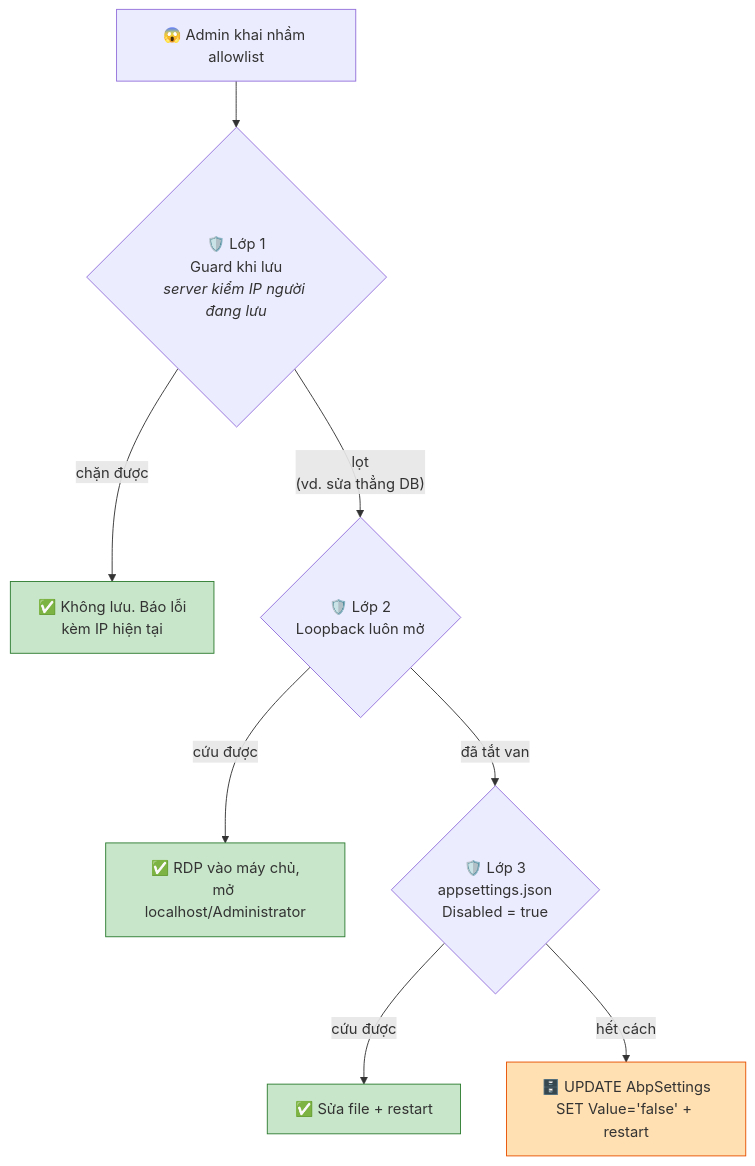
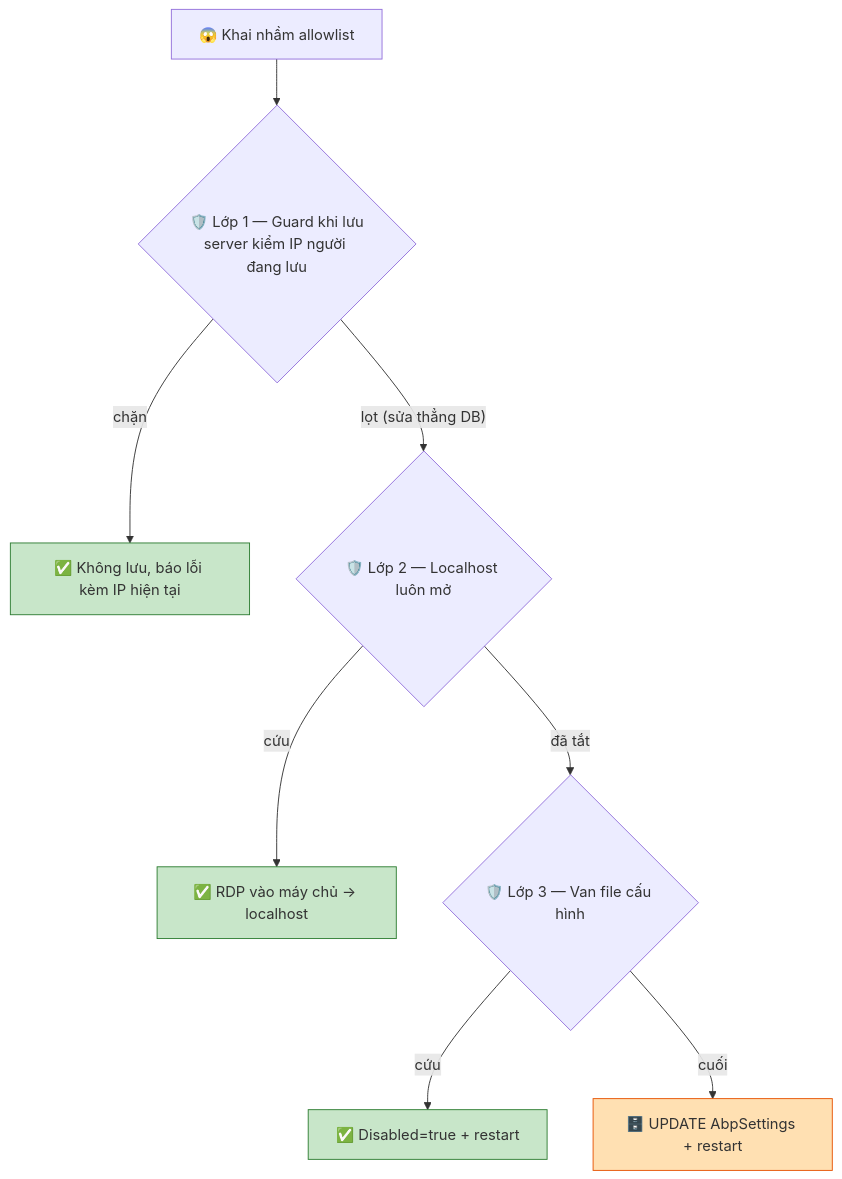
Before and after one commit to giangvanhung/mkdocs-antoanbaomat-ekmapserver: the fourth of 5 diagrams in docs/admin-ip-restriction-feature.md, drawn with Mermaid. The commit also changed other lines of this file and 6 other files, not shown here.

````diff
--- a/docs/admin-ip-restriction-feature.md
+++ b/docs/admin-ip-restriction-feature.md
@@ -492,15 +96,15 @@
 ```mermaid
 flowchart TD
-    X["😱 Admin khai nhầm allowlist"] --> L1{"🛡️ Lớp 1<br/>Guard khi lưu<br/><i>server kiểm IP người đang lưu</i>"}
-    L1 -->|"chặn được"| OK1["✅ Không lưu. Báo lỗi<br/>kèm IP hiện tại"]
-    L1 -->|"lọt<br/>(vd. sửa thẳng DB)"| L2{"🛡️ Lớp 2<br/>Loopback luôn mở"}
-    L2 -->|"cứu được"| OK2["✅ RDP vào máy chủ,<br/>mở localhost/Administrator"]
-    L2 -->|"đã tắt van"| L3{"🛡️ Lớp 3<br/>appsettings.json<br/>Disabled = true"}
-    L3 -->|"cứu được"| OK3["✅ Sửa file + restart"]
-    L3 -->|"hết cách"| SQL["🗄️ UPDATE AbpSettings<br/>SET Value='false' + restart"]
+    X["😱 Khai nhầm allowlist"] --> L1{"🛡️ Lớp 1 — Guard khi lưu<br/>server kiểm IP người đang lưu"}
+    L1 -->|"chặn"| OK1["✅ Không lưu, báo lỗi kèm IP hiện tại"]
+    L1 -->|"lọt (sửa thẳng DB)"| L2{"🛡️ Lớp 2 — Localhost luôn mở"}
+    L2 -->|"cứu"| OK2["✅ RDP vào máy chủ → localhost"]
+    L2 -->|"đã tắt"| L3{"🛡️ Lớp 3 — Van file cấu hình"}
+    L3 -->|"cứu"| OK3["✅ Disabled=true + restart"]
+    L3 -->|"cuối"| SQL["🗄️ UPDATE AbpSettings + restart"]
 
     style OK1 fill:#c8e6c9,stroke:#2e7d32
     style OK2 fill:#c8e6c9,stroke:#2e7d32
     style OK3 fill:#c8e6c9,stroke:#2e7d32
     style SQL fill:#ffe0b2,stroke:#e65100
 ```
````
